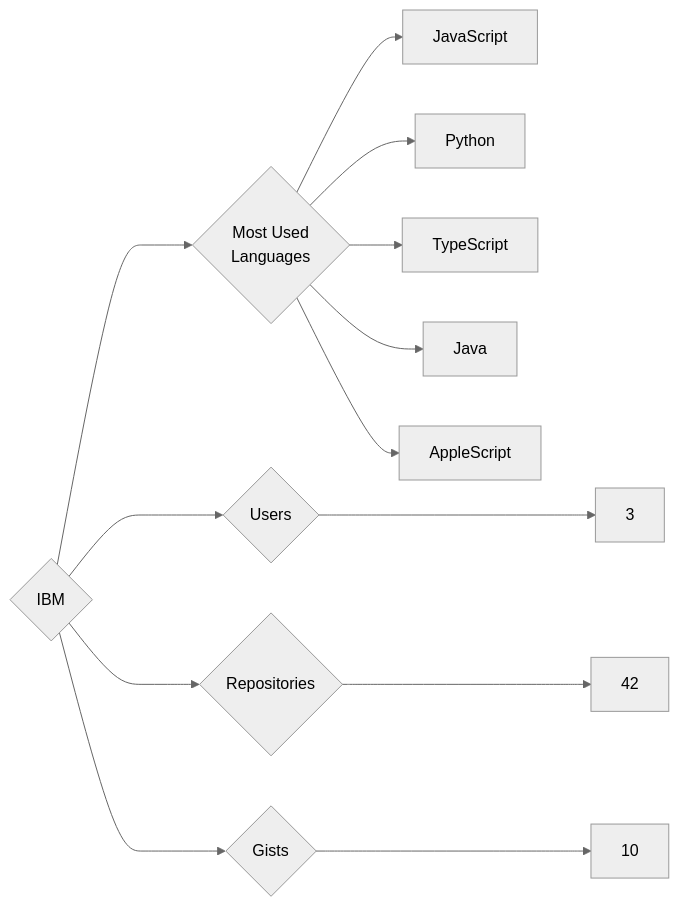
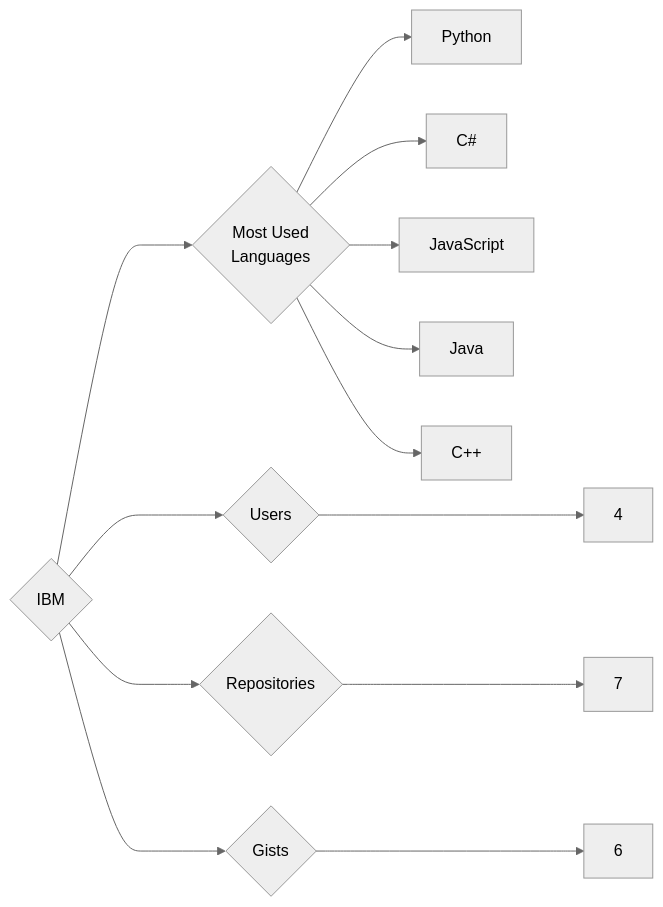
Before and after one commit to trickest/insiders: the diagram in targets/IBM/README.md, drawn with Mermaid (neutral theme). The commit also changed 997 other files, not shown here.

````diff
--- a/targets/IBM/README.md
+++ b/targets/IBM/README.md
@@ -3,13 +3,13 @@
 ```mermaid
 graph LR
 COMPANY_NAME{IBM}
-COMPANY_NAME ---> U{Users} ---> UN[3]
-COMPANY_NAME ---> R{Repositories} ---> RN[42]
-COMPANY_NAME ---> G{Gists} ---> GN[10]
+COMPANY_NAME ---> U{Users} ---> UN[4]
+COMPANY_NAME ---> R{Repositories} ---> RN[7]
+COMPANY_NAME ---> G{Gists} ---> GN[6]
 COMPANY_NAME ---> ML{Most Used<br>Languages}
+ML --> Python[Python]
+ML --> C#[C#]
 ML --> JavaScript[JavaScript]
-ML --> Python[Python]
-ML --> TypeScript[TypeScript]
 ML --> Java[Java]
-ML --> AppleScript[AppleScript]
+ML --> C++[C++]
 ```
````
